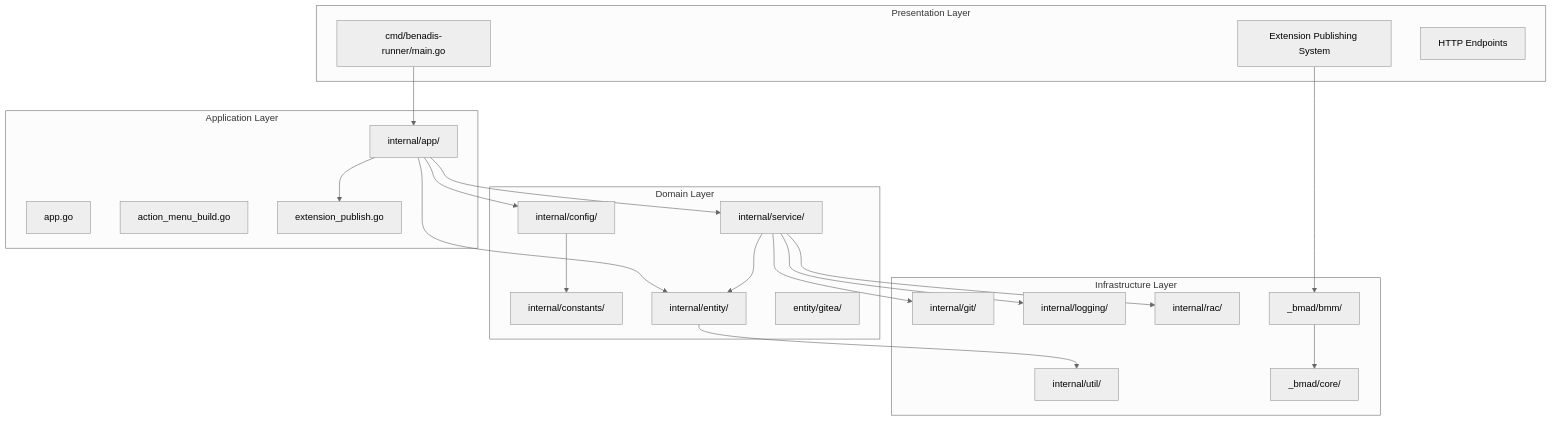
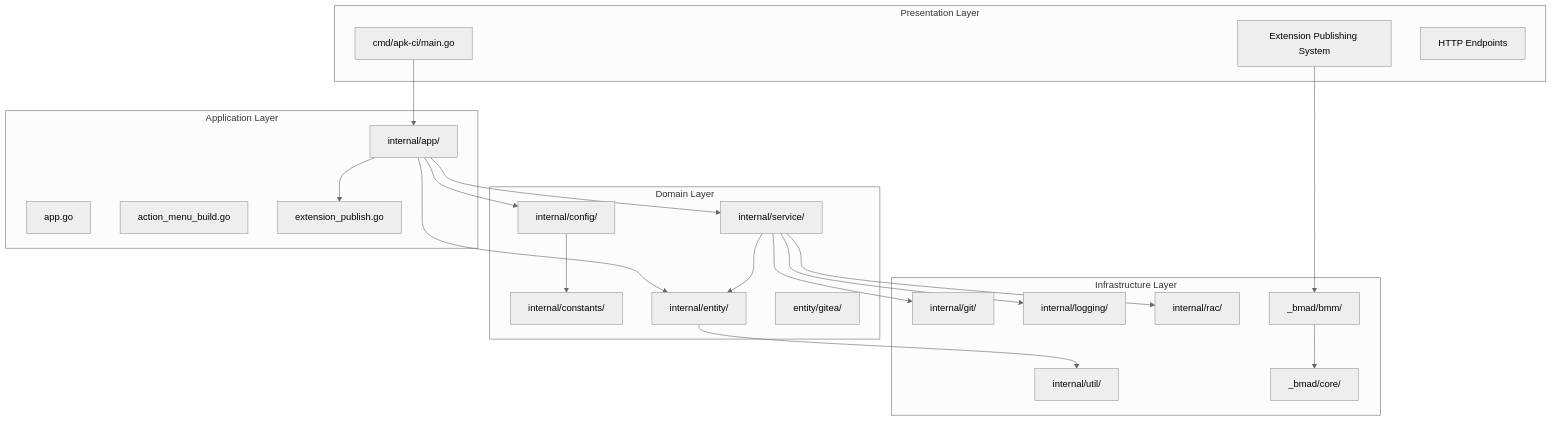
Before and after one commit to Kargones/apk-ci: the first of 6 diagrams in .qoder/repowiki/en/content/Development Guide.md, drawn with Mermaid (neutral theme). The commit also changed other lines of this file and 189 other files, not shown here.

Commit message:
Замена benadis-runner на apk-ci.

````diff
--- a/.qoder/repowiki/en/content/Development Guide.md
+++ b/.qoder/repowiki/en/content/Development Guide.md
@@ -54,42 +54,42 @@
 ```mermaid
 graph TB
 subgraph "Presentation Layer"
-CMD[cmd/benadis-runner/main.go]
+CMD[cmd/apk-ci/main.go]
 EXT_PUB[Extension Publishing System]
 ENDPOINTS[HTTP Endpoints]
 end
 subgraph "Application Layer"
 APP[internal/app/]
 APP_CORE[app.go]
 APP_ACTIONS[action_menu_build.go]
 APP_EXTENSION_PUBLISH[extension_publish.go]
 end
 subgraph "Domain Layer"
 CONFIG[internal/config/]
 CONSTANTS[internal/constants/]
 SERVICE[internal/service/]
 ENTITY[internal/entity/]
 ENTITY_GITEA[entity/gitea/]
 end
 subgraph "Infrastructure Layer"
 UTIL[internal/util/]
 GIT[internal/git/]
 LOGGING[internal/logging/]
 RAC[internal/rac/]
 BMM[_bmad/bmm/]
 CORE_BMM[_bmad/core/]
 end
 CMD --> APP
 APP --> CONFIG
 APP --> SERVICE
 APP --> ENTITY
 APP --> APP_EXTENSION_PUBLISH
 CONFIG --> CONSTANTS
 SERVICE --> ENTITY
 ENTITY --> UTIL
 SERVICE --> GIT
 SERVICE --> LOGGING
 SERVICE --> RAC
 BMM --> CORE_BMM
 EXT_PUB --> BMM
 ```
````
